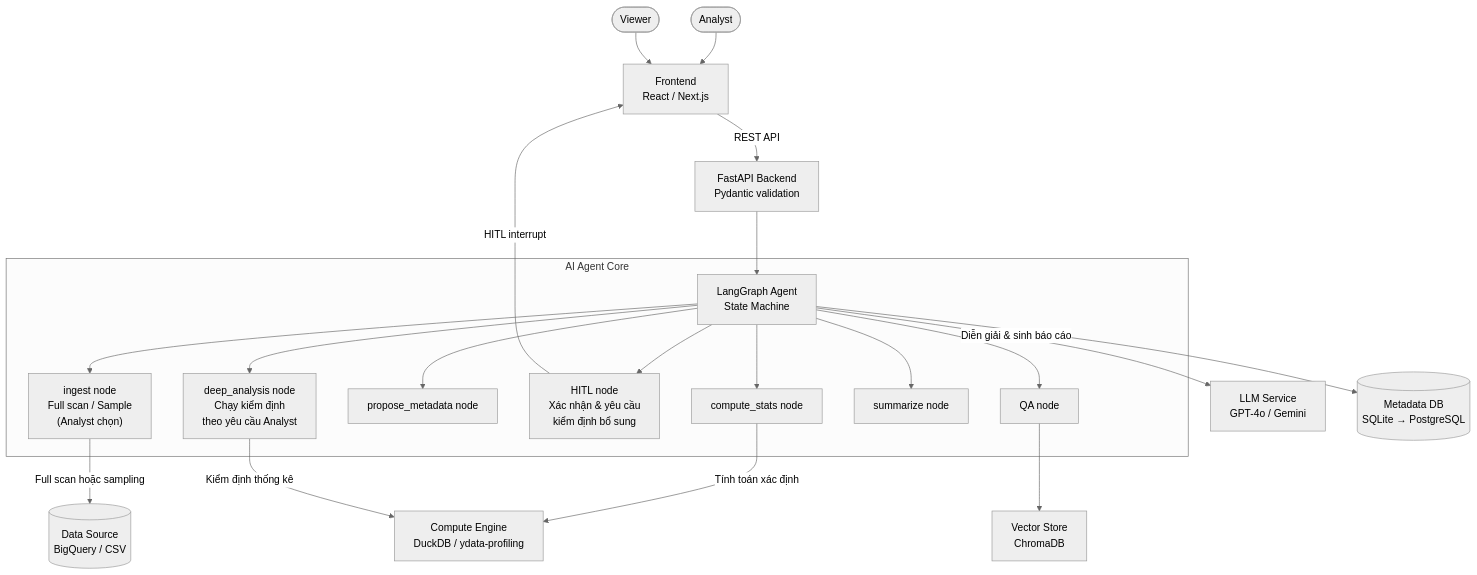
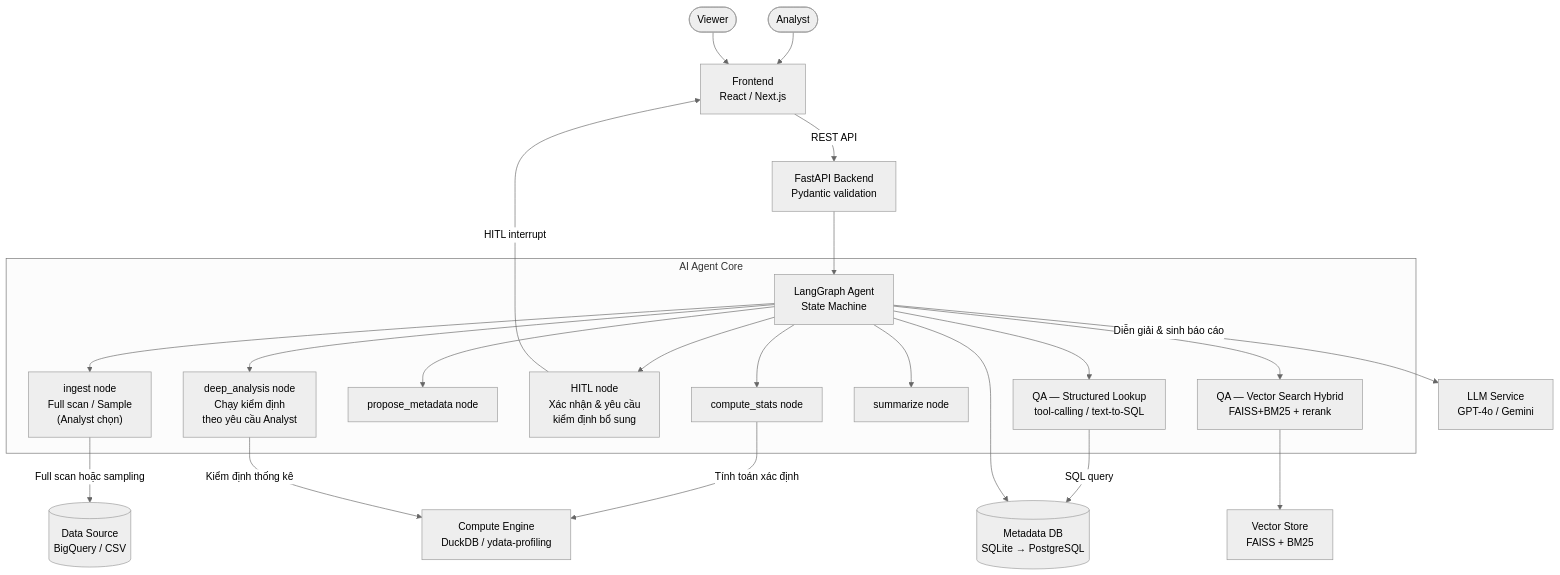
Before and after one commit to mhiu05/VDaAgent: the first of 5 diagrams in docs/project_context.md, drawn with Mermaid (neutral theme). The commit also changed other lines of this file and 2 other files, not shown here.

````diff
--- a/docs/project_context.md
+++ b/docs/project_context.md
@@ -99,29 +115,31 @@
 ```mermaid
 graph TB
     Analyst([Analyst]) --> UI[Frontend<br/>React / Next.js]
     Viewer([Viewer]) --> UI
 
     UI -->|REST API| API[FastAPI Backend<br/>Pydantic validation]
 
     subgraph AgentCore["AI Agent Core"]
         Agent[LangGraph Agent<br/>State Machine]
         Agent --> IngestNode["ingest node<br/>Full scan / Sample<br/>(Analyst chọn)"]
         Agent --> StatsNode[compute_stats node]
         Agent --> ProposeNode[propose_metadata node]
         Agent --> HITLNode["HITL node<br/>Xác nhận & yêu cầu<br/>kiểm định bổ sung"]
         Agent --> DeepAnalysis["deep_analysis node<br/>Chạy kiểm định<br/>theo yêu cầu Analyst"]
         Agent --> SummarizeNode[summarize node]
-        Agent --> QANode[QA node]
+        Agent --> QAStructured["QA — Structured Lookup<br/>tool-calling / text-to-SQL"]
+        Agent --> QAVector["QA — Vector Search Hybrid<br/>FAISS+BM25 + rerank"]
     end
 
     API --> Agent
 
     Agent -->|Diễn giải & sinh báo cáo| LLM[LLM Service<br/>GPT-4o / Gemini]
     IngestNode -->|Full scan hoặc sampling| DataSource[(Data Source<br/>BigQuery / CSV)]
     StatsNode -->|Tính toán xác định| ComputeEngine[Compute Engine<br/>DuckDB / ydata-profiling]
     DeepAnalysis -->|Kiểm định thống kê| ComputeEngine
-    QANode --> VS[Vector Store<br/>ChromaDB]
+    QAStructured -->|SQL query| DB
+    QAVector --> VS[Vector Store<br/>FAISS + BM25]
     HITLNode -->|HITL interrupt| UI
 
     Agent --> DB[(Metadata DB<br/>SQLite → PostgreSQL)]
 ``` 
````
